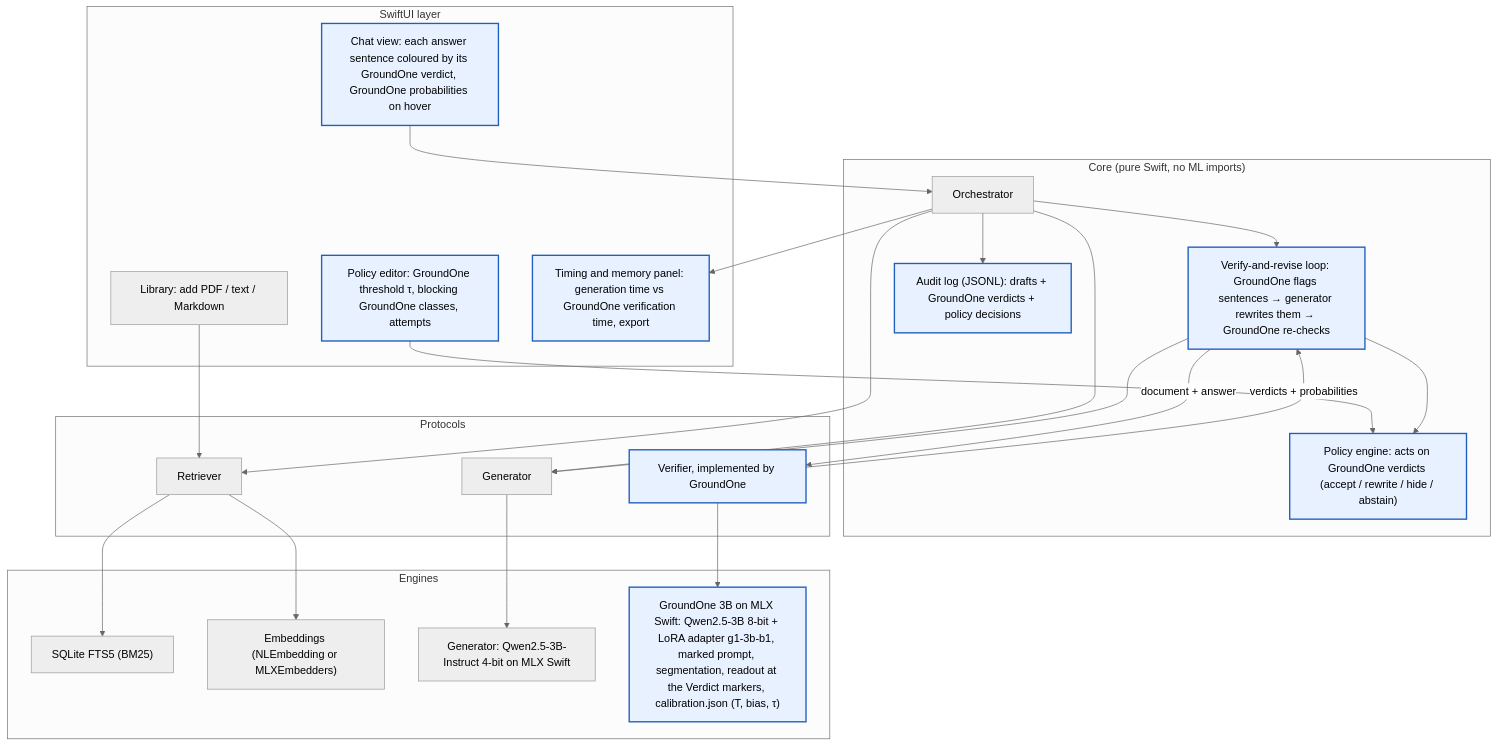
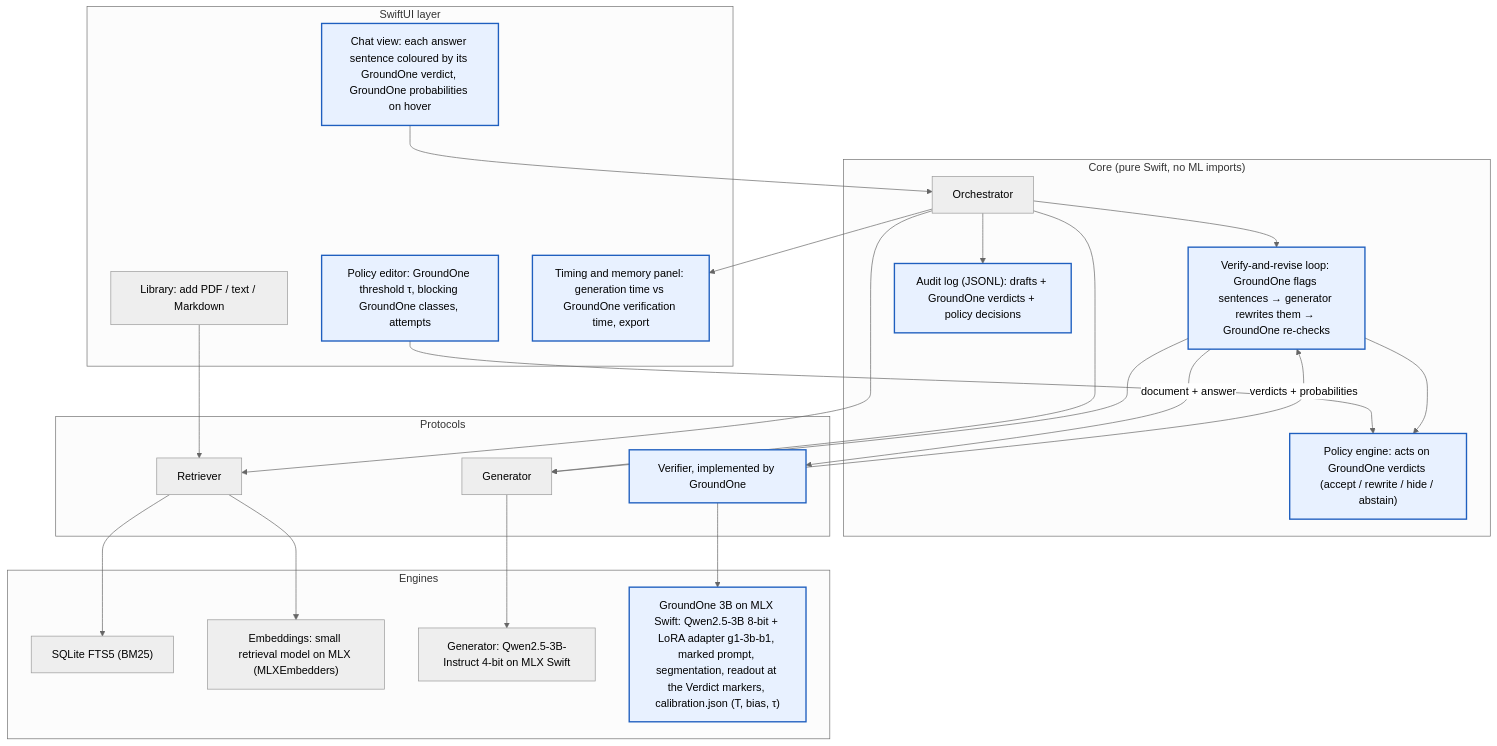
Before and after one commit to frankydedo/GroundOne: the diagram in Project/docs/demo_architecture.md, drawn with Mermaid (neutral theme). The commit also changed other lines of this file and 1 other file, not shown here.

Commit message:
demo: MLX embedding model decided; no second verifier on rewrites, stated as limitation and future work; notes

````diff
--- a/Project/docs/demo_architecture.md
+++ b/Project/docs/demo_architecture.md
@@ -57,40 +57,40 @@
 ```mermaid
 flowchart TB
   subgraph UI["SwiftUI layer"]
     Chat["Chat view: each answer sentence coloured by its GroundOne verdict, GroundOne probabilities on hover"]
     Docs["Library: add PDF / text / Markdown"]
     Pol["Policy editor: GroundOne threshold τ, blocking GroundOne classes, attempts"]
     Meas["Timing and memory panel: generation time vs GroundOne verification time, export"]
   end
   subgraph Core["Core (pure Swift, no ML imports)"]
     Orc["Orchestrator"]
     Loop["Verify-and-revise loop: GroundOne flags sentences → generator rewrites them → GroundOne re-checks"]
     PE["Policy engine: acts on GroundOne verdicts (accept / rewrite / hide / abstain)"]
     Audit["Audit log (JSONL): drafts + GroundOne verdicts + policy decisions"]
   end
   subgraph Ports["Protocols"]
     R["Retriever"]
     G["Generator"]
     V["Verifier, implemented by GroundOne"]
   end
   subgraph Engines["Engines"]
     BM25["SQLite FTS5 (BM25)"]
-    Emb["Embeddings (NLEmbedding or MLXEmbedders)"]
+    Emb["Embeddings: small retrieval model on MLX (MLXEmbedders)"]
     Gen["Generator: Qwen2.5-3B-Instruct 4-bit on MLX Swift"]
     G1["GroundOne 3B on MLX Swift: Qwen2.5-3B 8-bit + LoRA adapter g1-3b-b1, marked prompt, segmentation, readout at the Verdict markers, calibration.json (T, bias, τ)"]
   end
   Chat --> Orc
   Docs --> R
   Pol --> PE
   Orc --> R & G & Loop
   Loop -- "document + answer" --> V
   V -- "verdicts + probabilities" --> Loop
   Loop --> G & PE
   Orc --> Audit
   Orc --> Meas
   R --> BM25 & Emb
   G --> Gen
   V --> G1
   classDef g1 fill:#e8f1ff,stroke:#1f5fbf,stroke-width:2px
   class Chat,Pol,Meas,Loop,PE,Audit,V,G1 g1
 ```
````
